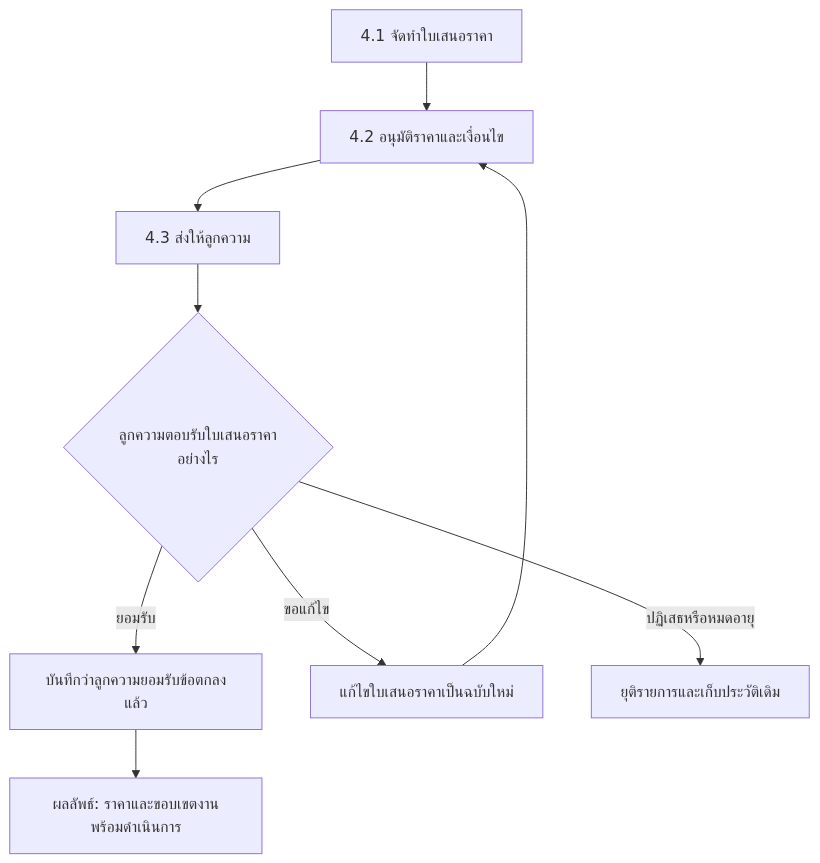
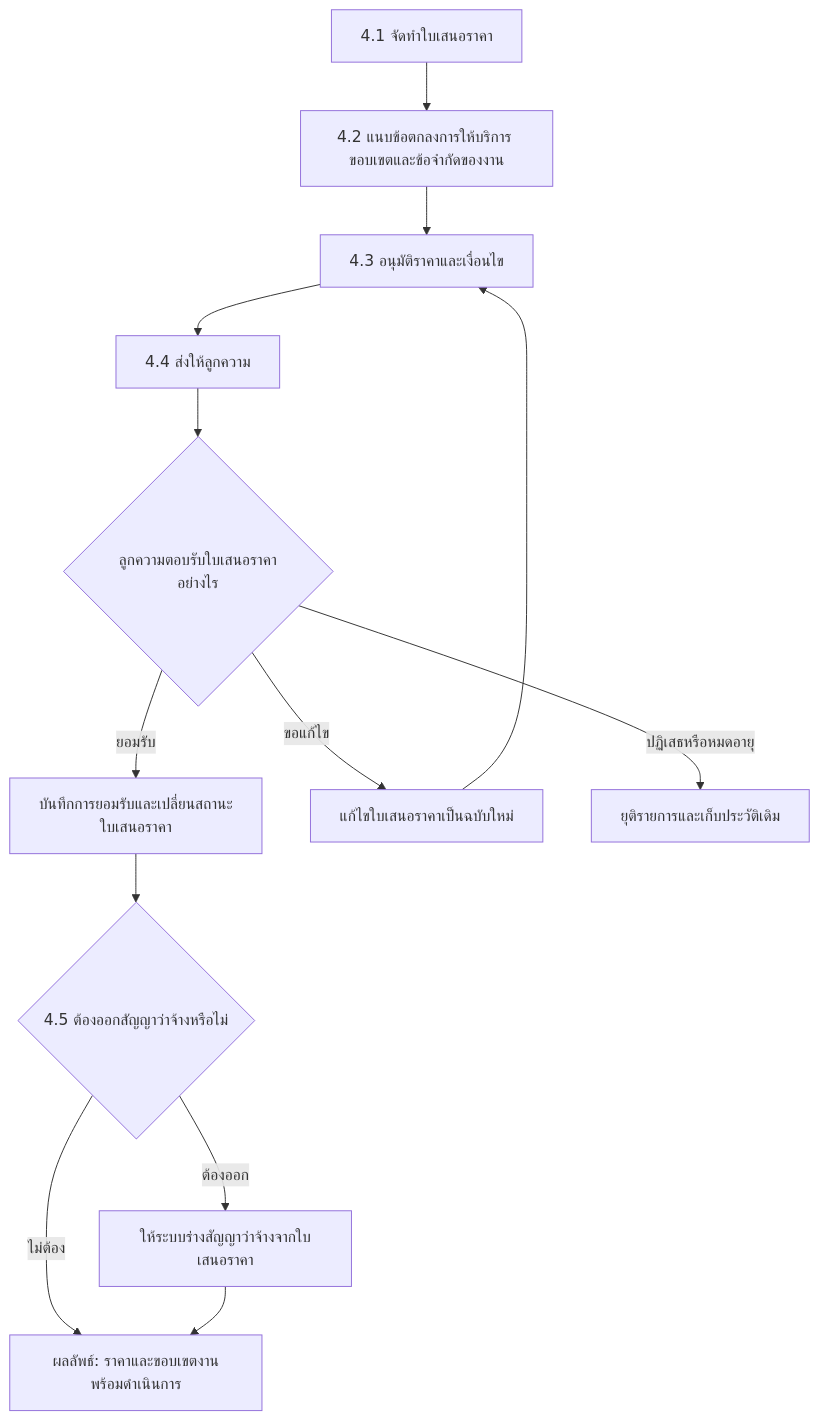
The fourth of 7 diagrams in docs/app/docs/workflow/page.mdx (yukasung/legal_erp_docs), drawn with Mermaid before and after one commit. The commit also changed other lines of this file and 19 other files, not shown here.

````diff
--- a/docs/app/docs/workflow/page.mdx
+++ b/docs/app/docs/workflow/page.mdx
@@ -135,11 +141,15 @@
 ```mermaid
 flowchart TD
-  A["4.1 จัดทำใบเสนอราคา"] --> B["4.2 อนุมัติราคาและเงื่อนไข"]
-  B --> C["4.3 ส่งให้ลูกความ"]
-  C --> D{"ลูกความตอบรับใบเสนอราคาอย่างไร"}
-  D -->|ยอมรับ| E["บันทึกว่าลูกความยอมรับข้อตกลงแล้ว"]
-  D -->|ขอแก้ไข| F["แก้ไขใบเสนอราคาเป็นฉบับใหม่"]
-  F --> B
-  D -->|ปฏิเสธหรือหมดอายุ| G["ยุติรายการและเก็บประวัติเดิม"]
-  E --> R["ผลลัพธ์: ราคาและขอบเขตงานพร้อมดำเนินการ"]
+  A["4.1 จัดทำใบเสนอราคา"] --> B["4.2 แนบข้อตกลงการให้บริการ ขอบเขตและข้อจำกัดของงาน"]
+  B --> C["4.3 อนุมัติราคาและเงื่อนไข"]
+  C --> D["4.4 ส่งให้ลูกความ"]
+  D --> E{"ลูกความตอบรับใบเสนอราคาอย่างไร"}
+  E -->|ยอมรับ| F["บันทึกการยอมรับและเปลี่ยนสถานะใบเสนอราคา"]
+  E -->|ขอแก้ไข| G["แก้ไขใบเสนอราคาเป็นฉบับใหม่"]
+  G --> C
+  E -->|ปฏิเสธหรือหมดอายุ| H["ยุติรายการและเก็บประวัติเดิม"]
+  F --> I{"4.5 ต้องออกสัญญาว่าจ้างหรือไม่"}
+  I -->|ต้องออก| J["ให้ระบบร่างสัญญาว่าจ้างจากใบเสนอราคา"]
+  I -->|ไม่ต้อง| R
+  J --> R["ผลลัพธ์: ราคาและขอบเขตงานพร้อมดำเนินการ"]
 ```
````
